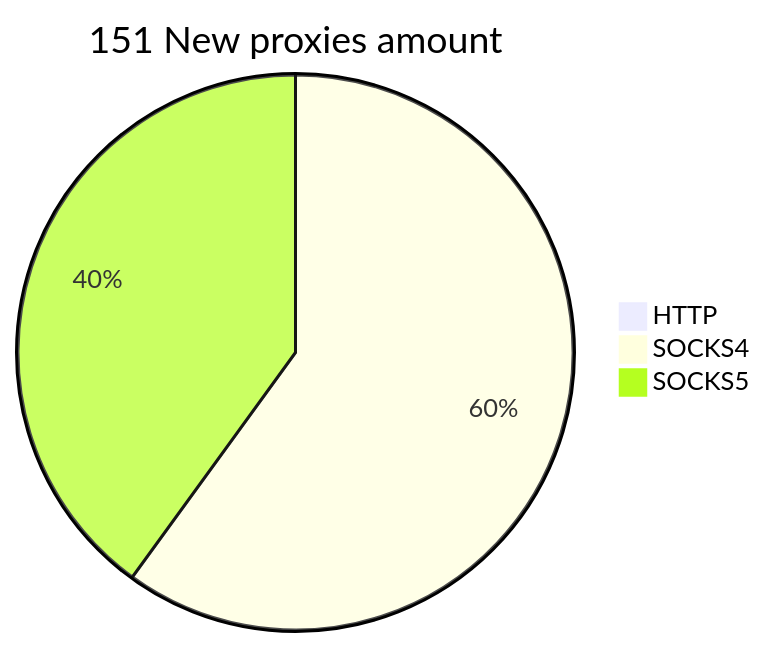
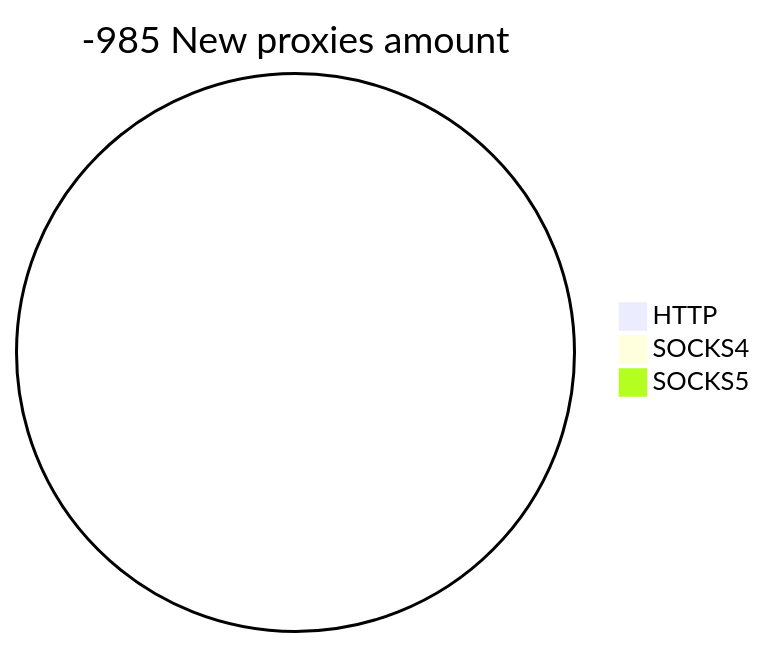
Before and after one commit to cutipu/proxylist: the second of 2 diagrams in README.md, drawn with Mermaid. The commit also changed other lines of this file, not shown here.

````diff
--- a/README.md
+++ b/README.md
@@ -10,6 +10,6 @@
 ```mermaid
-pie title 151 New proxies amount
+pie title -985 New proxies amount
     "HTTP" : 0
-    "SOCKS4" : 93
-    "SOCKS5" : 62
+    "SOCKS4" : 0
+    "SOCKS5" : 0
 ```
````
